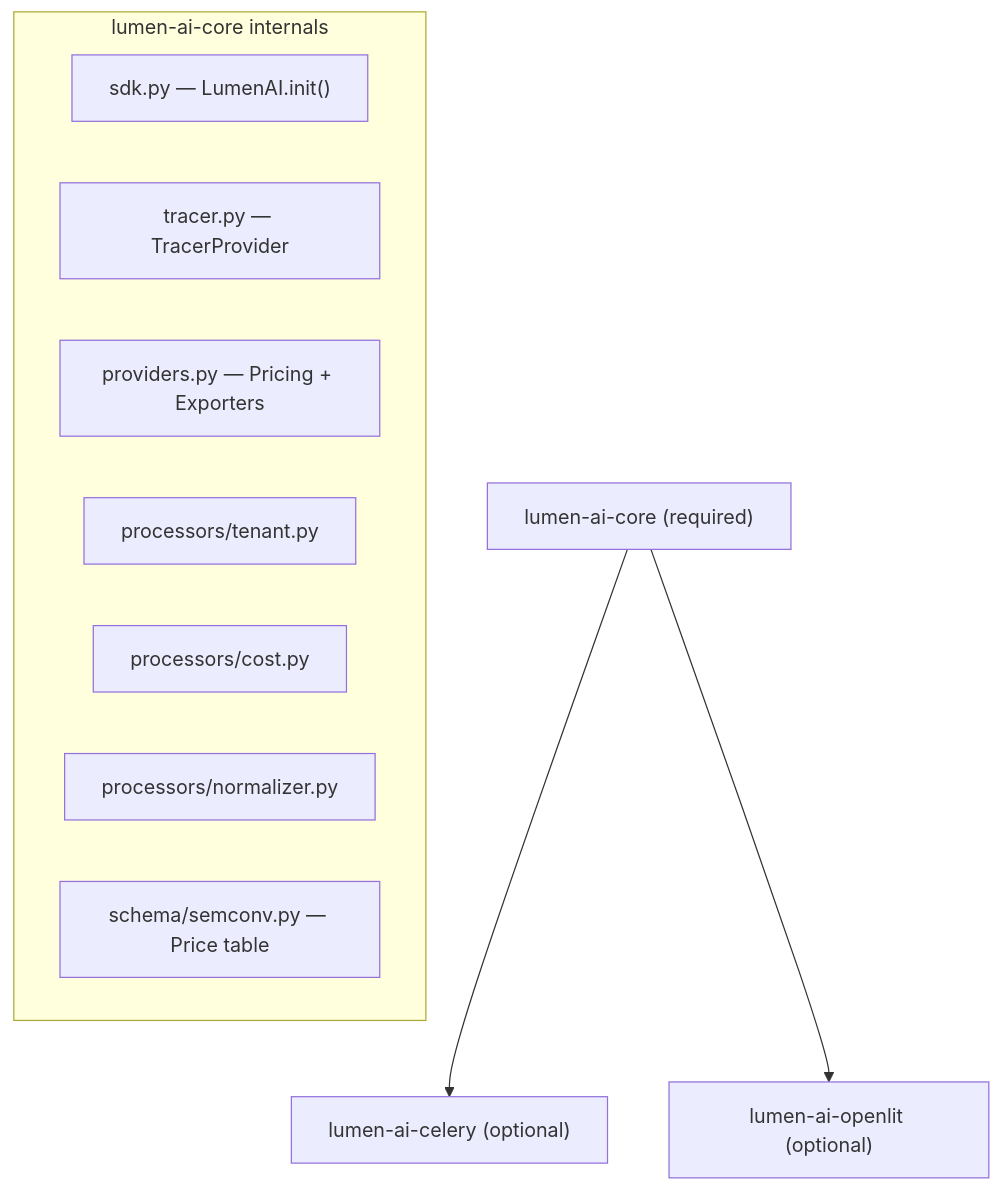
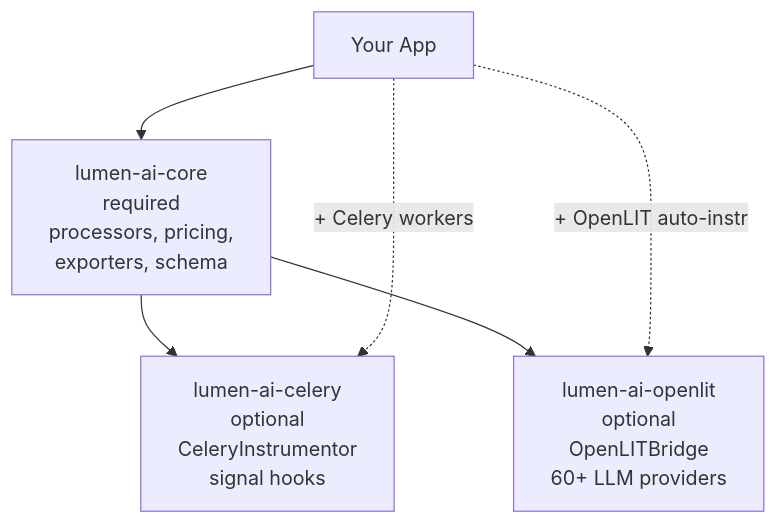
Before and after one commit to skarL007/-lumen-ai-sdk: the fourth of 4 diagrams in README.md, drawn with Mermaid. The commit also changed other lines of this file and 2 other files, not shown here.

````diff
--- a/README.md
+++ b/README.md
@@ -131,19 +168,24 @@
 ```mermaid
 graph TD
-    Core["lumen-ai-core (required)"]
-    Celery["lumen-ai-celery (optional)"]
-    OpenLIT["lumen-ai-openlit (optional)"]
+    Core["lumen-ai-core
+    required
+    processors, pricing,
+    exporters, schema"]
+
+    Celery["lumen-ai-celery
+    optional
+    CeleryInstrumentor
+    signal hooks"]
+
+    OpenLIT["lumen-ai-openlit
+    optional
+    OpenLITBridge
+    60+ LLM providers"]
 
     Core --> Celery
     Core --> OpenLIT
 
-    subgraph core_files["lumen-ai-core internals"]
-        SDK["sdk.py — LumenAI.init()"]
-        Tracer["tracer.py — TracerProvider"]
-        Prov["providers.py — Pricing + Exporters"]
-        T["processors/tenant.py"]
-        C["processors/cost.py"]
-        N["processors/normalizer.py"]
-        S["schema/semconv.py — Price table"]
-    end
+    App["Your App"] --> Core
+    App -.->|"+ Celery workers"| Celery
+    App -.->|"+ OpenLIT auto-instr"| OpenLIT
 ```
````
